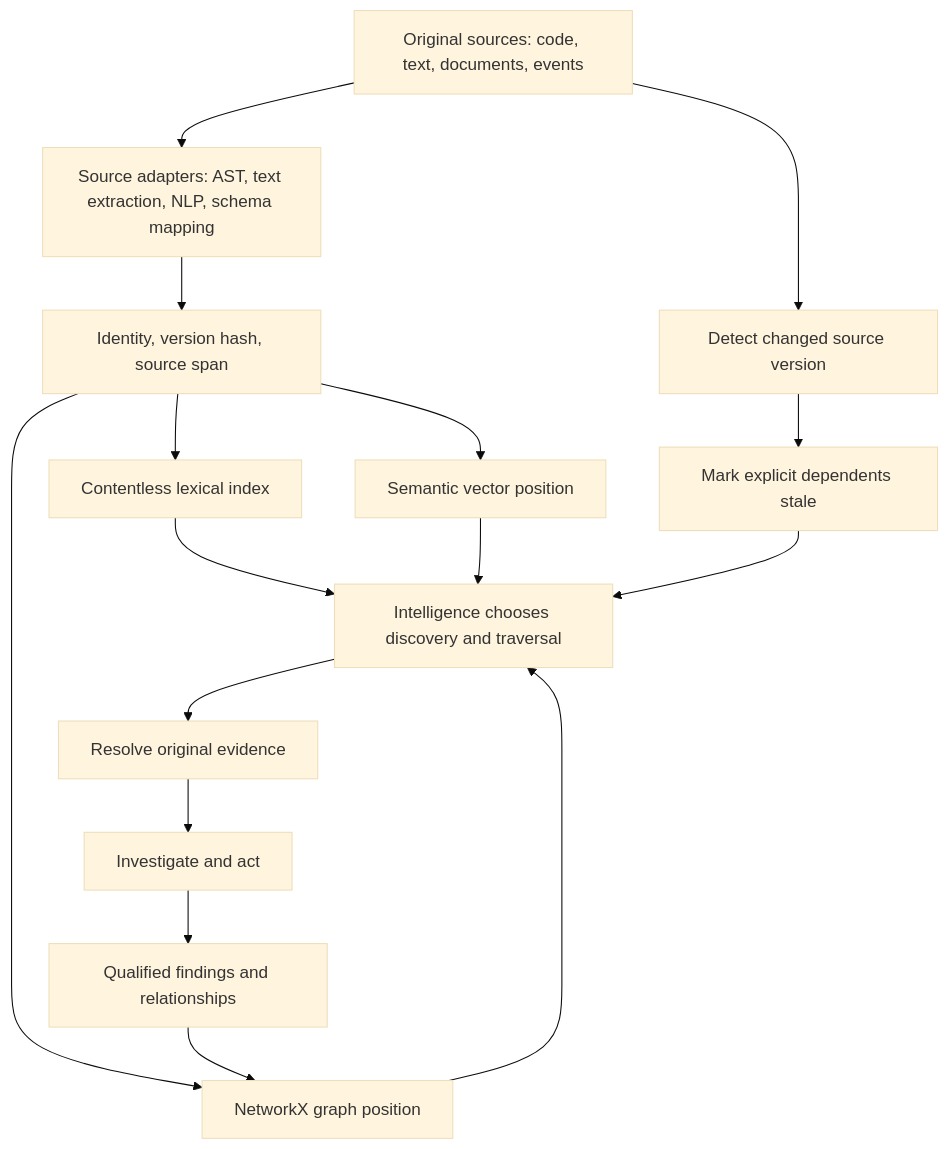
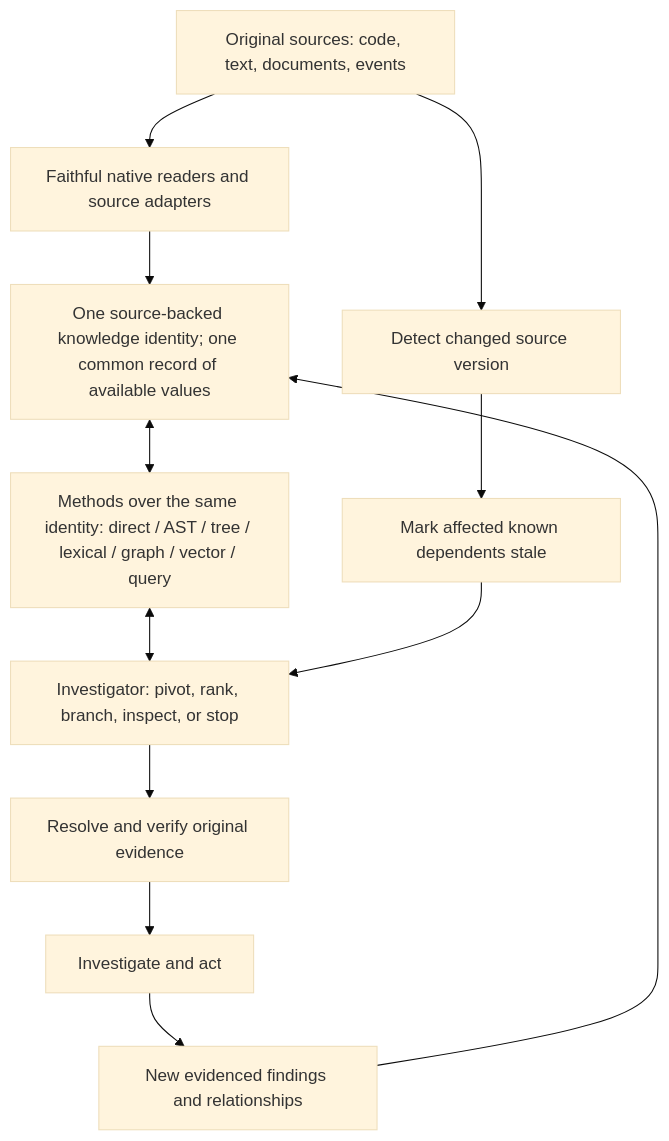
Before and after one commit to l00p3rl00p/barely-passable-ai-stuff: the first of 5 diagrams in knowledge-positions/research/paper.md, drawn with Mermaid (base theme). The commit also changed other lines of this file, not shown here.

Commit message:
research(jitk): establish shared-identity cross-method breakthrough and align architecture diagram

````diff
--- a/knowledge-positions/research/paper.md
+++ b/knowledge-positions/research/paper.md
@@ -169,18 +175,14 @@
 ```mermaid
 flowchart TD
-  S["Original sources: code, text, documents, events"] --> P["Source adapters: AST, text extraction, NLP, schema mapping"]
-  P --> I["Identity, version hash, source span"]
-  I --> X["Contentless lexical index"]
-  I --> V["Semantic vector position"]
-  I --> G["NetworkX graph position"]
-  X --> A["Intelligence chooses discovery and traversal"]
-  V --> A
-  G --> A
-  A --> R["Resolve original evidence"]
+  S["Original sources: code, text, documents, events"] --> P["Faithful native readers and source adapters"]
+  P --> K["One source-backed knowledge identity; one common record of available values"]
+  K <--> M["Methods over the same identity: direct / AST / tree / lexical / graph / vector / query"]
+  M <--> A["Investigator: pivot, rank, branch, inspect, or stop"]
+  A --> R["Resolve and verify original evidence"]
   R --> W["Investigate and act"]
-  W --> E["Qualified findings and relationships"]
-  E --> G
+  W --> E["New evidenced findings and relationships"]
+  E --> K
   S --> D["Detect changed source version"]
-  D --> T["Mark explicit dependents stale"]
+  D --> T["Mark affected known dependents stale"]
   T --> A
 ```
````
